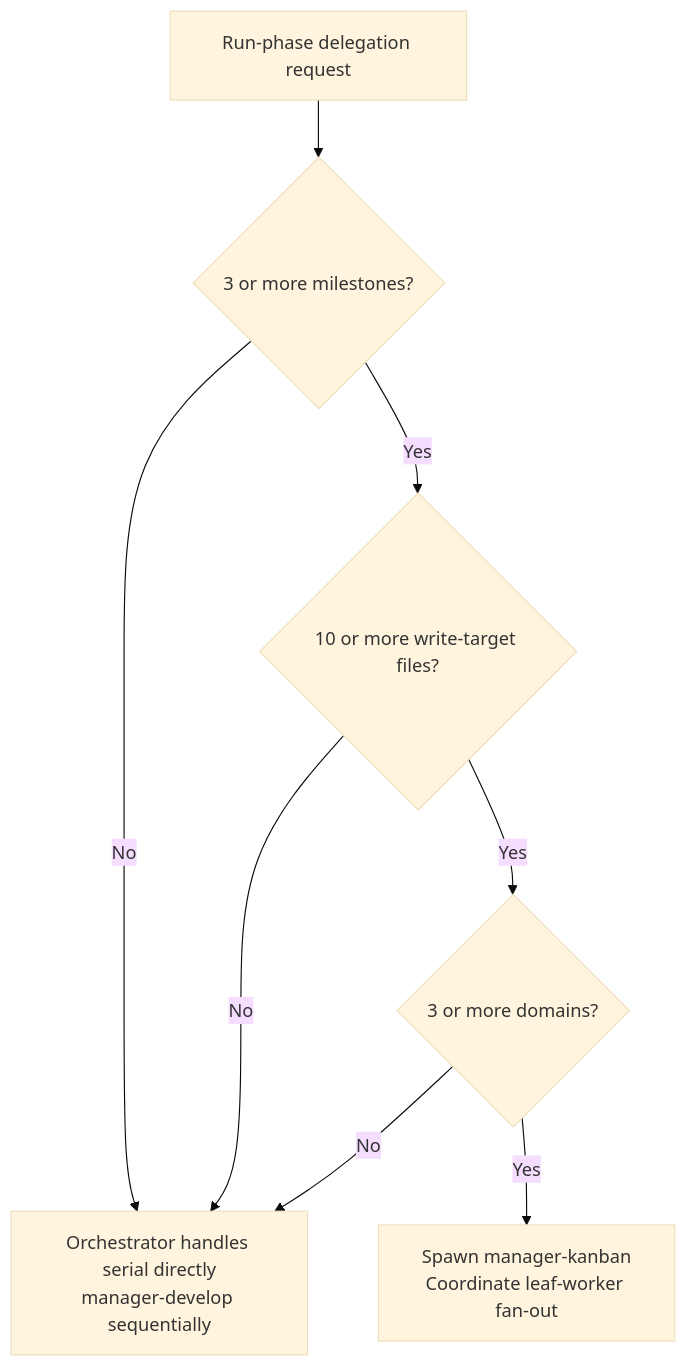
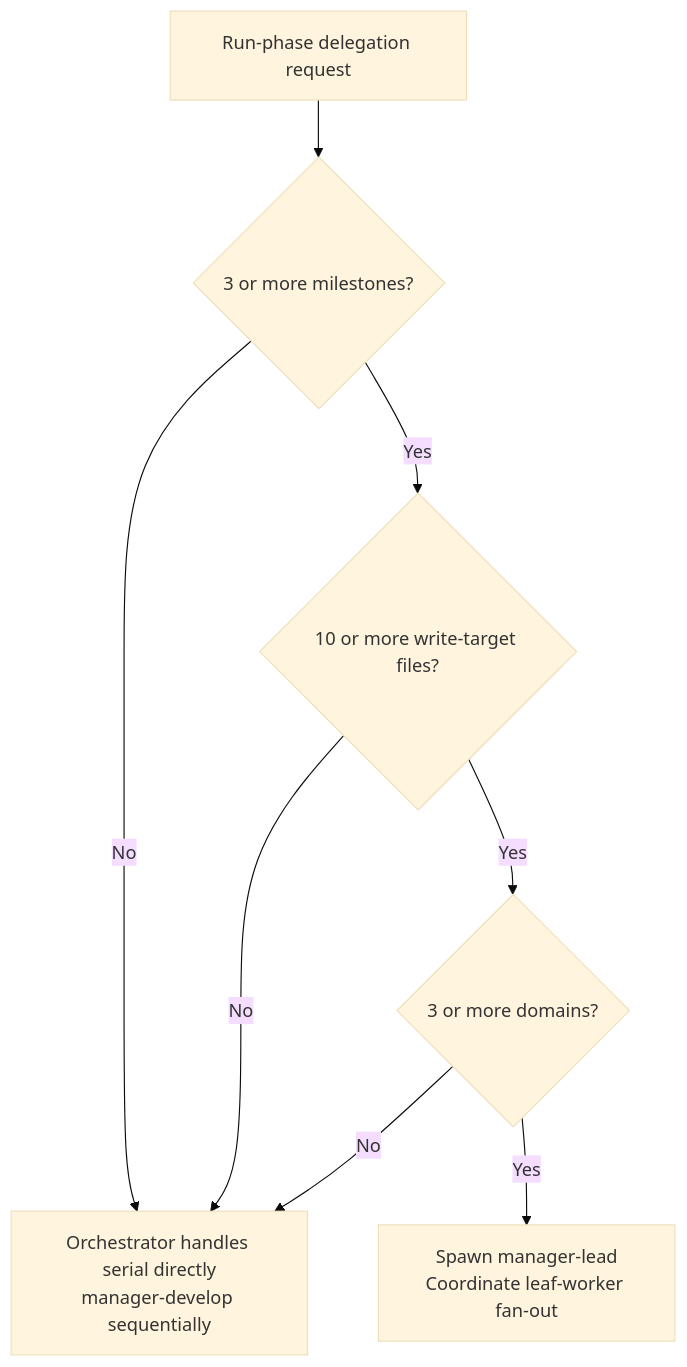
The second of 5 diagrams in docs-site/content/en/advanced/agent-guide.md (modu-ai/moai-adk), drawn with Mermaid (base theme) before and after one commit. The commit also changed other lines of this file and 17 other files, not shown here.

First line of the commit message:
docs(docs-site): sweep manager-kanban -> manager-lead agent-name prose (4 locales)

````diff
--- a/docs-site/content/en/advanced/agent-guide.md
+++ b/docs-site/content/en/advanced/agent-guide.md
@@ -144,10 +144,10 @@
 ```mermaid
 flowchart TD
     START["Run-phase delegation request"] --> Q1{"3 or more milestones?"}
     Q1 -->|"No"| MODE5["Orchestrator handles serial directly<br>manager-develop sequentially"]
     Q1 -->|"Yes"| Q2{"10 or more write-target files?"}
     Q2 -->|"No"| MODE5
     Q2 -->|"Yes"| Q3{"3 or more domains?"}
     Q3 -->|"No"| MODE5
-    Q3 -->|"Yes"| LEAD["Spawn manager-kanban<br>Coordinate leaf-worker fan-out"]
+    Q3 -->|"Yes"| LEAD["Spawn manager-lead<br>Coordinate leaf-worker fan-out"]
 ```
````
